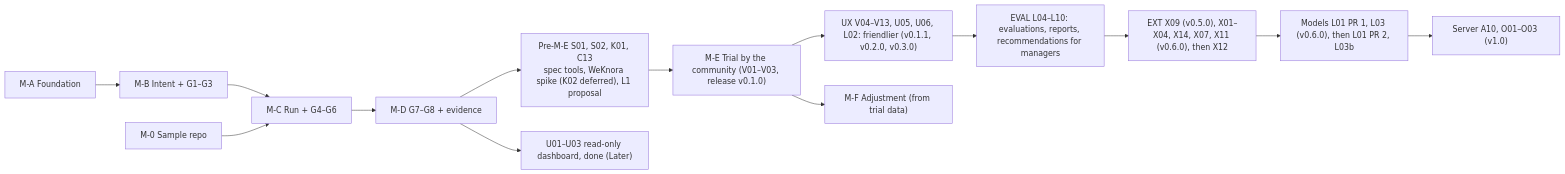
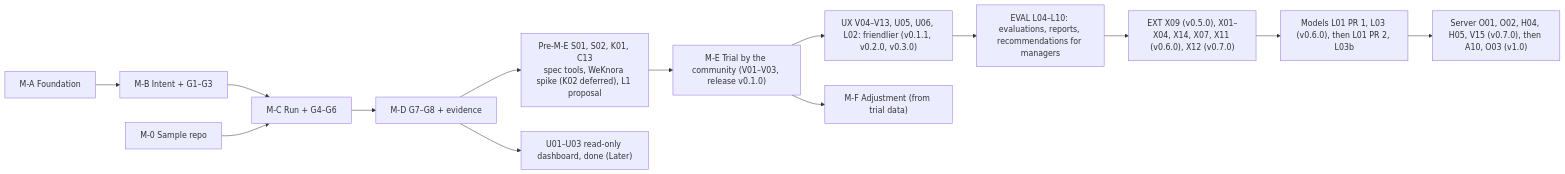
The diagram in design/D-08-mvp-backlog.md (hoanghainh1188/agentic-sdlc-framework), drawn with Mermaid before and after one commit. The commit also changed other lines of this file and 7 other files, not shown here.

````diff
--- a/design/D-08-mvp-backlog.md
+++ b/design/D-08-mvp-backlog.md
@@ -58,16 +58,16 @@
 ```mermaid
 flowchart LR
     MA["M-A Foundation"] --> MB["M-B Intent + G1–G3"]
     MB --> MC["M-C Run + G4–G6"]
     M0["M-0 Sample repo"] --> MC
     MC --> MD["M-D G7–G8 + evidence"]
     MD --> MP["Pre-M-E S01, S02, K01, C13<br/>spec tools, WeKnora spike (K02 deferred), L1 proposal"]
     MP --> ME["M-E Trial by the community (V01–V03, release v0.1.0)"]
     ME --> UX["UX V04–V13, U05, U06, L02: friendlier (v0.1.1, v0.2.0, v0.3.0)"]
     UX --> EV["EVAL L04–L10: evaluations, reports, recommendations for managers"]
-    EV --> EXT["EXT X09 (v0.5.0), X01–X04, X14, X07, X11 (v0.6.0), then X12"]
+    EV --> EXT["EXT X09 (v0.5.0), X01–X04, X14, X07, X11 (v0.6.0), X12 (v0.7.0)"]
     EXT --> MO["Models L01 PR 1, L03 (v0.6.0), then L01 PR 2, L03b"]
-    MO --> SV["Server A10, O01–O03 (v1.0)"]
+    MO --> SV["Server O01, O02, H04, H05, V15 (v0.7.0), then A10, O03 (v1.0)"]
     ME --> MF["M-F Adjustment (from trial data)"]
     MD --> MU["U01–U03 read-only dashboard, done (Later)"]
 ```
````
